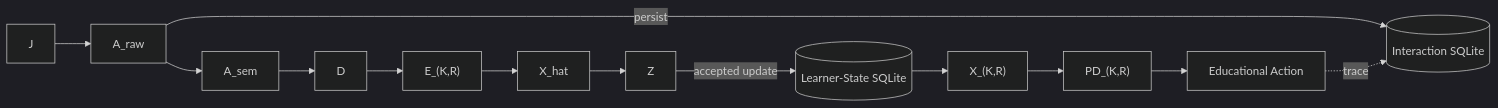
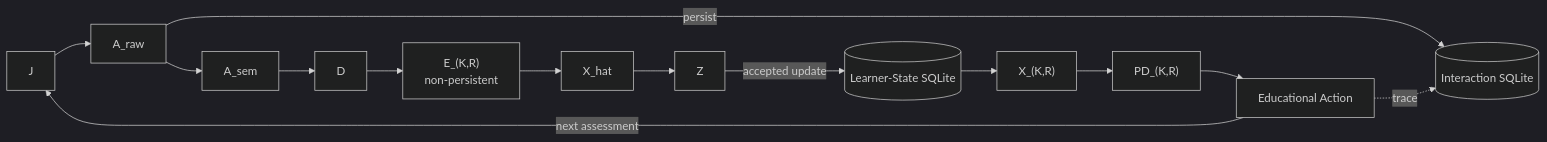
One commit to thatao72/three-twin-docs changed the third of 6 diagrams in content/architecture.md. Above: the diagram before and after it, drawn with Mermaid (dark theme). The commit also changed other lines of this file, not shown here.

Commit message:
Update architecture control and graph representation

````diff
--- a/content/architecture.md
+++ b/content/architecture.md
@@ -243,21 +254,22 @@
 ```mermaid
 flowchart LR
 
     J["J"] --> AR["A_raw"]
 
     AR -->|"persist"| IDB[("Interaction SQLite")]
 
     AR --> AS["A_sem"]
     AS --> D["D"]
-    D --> E["E_(K,R)"]
+    D --> E["E_(K,R)<br/>non-persistent"]
     E --> XH["X_hat"]
     XH --> Z["Z"]
 
     Z -->|"accepted update"| LDB[("Learner-State SQLite")]
 
     LDB --> X["X_(K,R)"]
     X --> PD["PD_(K,R)"]
     PD --> EA["Educational Action"]
 
     EA -. "trace" .-> IDB
+    EA -->|"next assessment"| J
 ```
````
